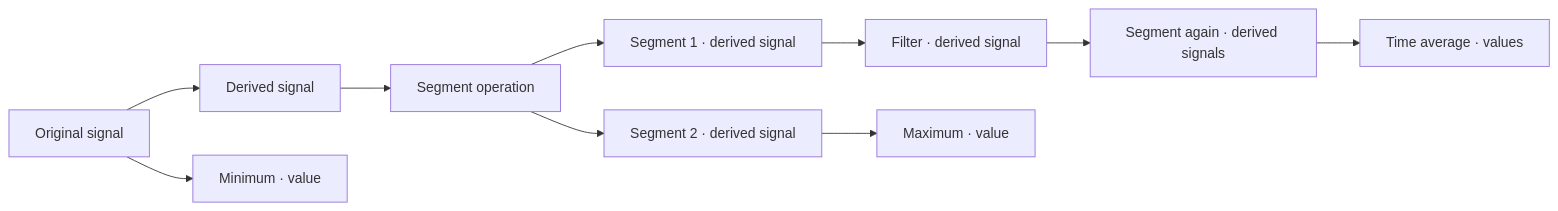
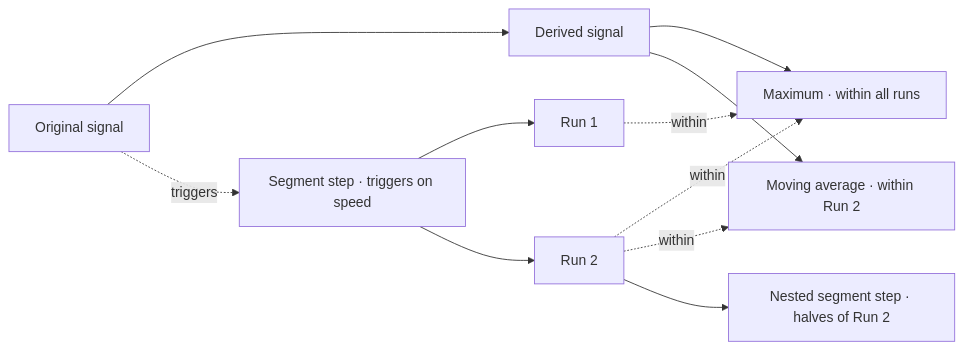
The diagram in docs/workflow-proposal.md (Kyleidge/Stratum), drawn with Mermaid before and after one commit. The commit also changed other lines of this file and 60 other files, not shown here.

First line of the commit message:
Segments as time intervals of a recording, with Within on Derive and Value (#15)

````diff
--- a/docs/workflow-proposal.md
+++ b/docs/workflow-proposal.md
@@ -13,12 +16,13 @@
 ```mermaid
 flowchart LR
   A[Original signal] --> B[Derived signal]
-  B --> C[Segment operation]
-  C --> D[Segment 1 · derived signal]
-  C --> E[Segment 2 · derived signal]
-  D --> F[Filter · derived signal]
-  F --> G[Segment again · derived signals]
-  G --> H[Time average · values]
-  E --> I[Maximum · value]
-  A --> J[Minimum · value]
+  S[Segment step · triggers on speed] --> R1[Run 1]
+  S --> R2[Run 2]
+  A -. triggers .-> S
+  B --> V[Maximum · within all runs]
+  R1 -. within .-> V
+  R2 -. within .-> V
+  B --> F[Moving average · within Run 2]
+  R2 -. within .-> F
+  R2 --> N[Nested segment step · halves of Run 2]
 ```
````
